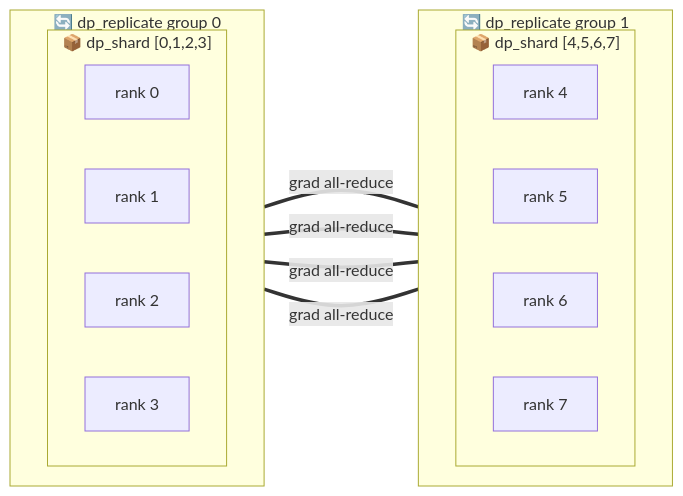
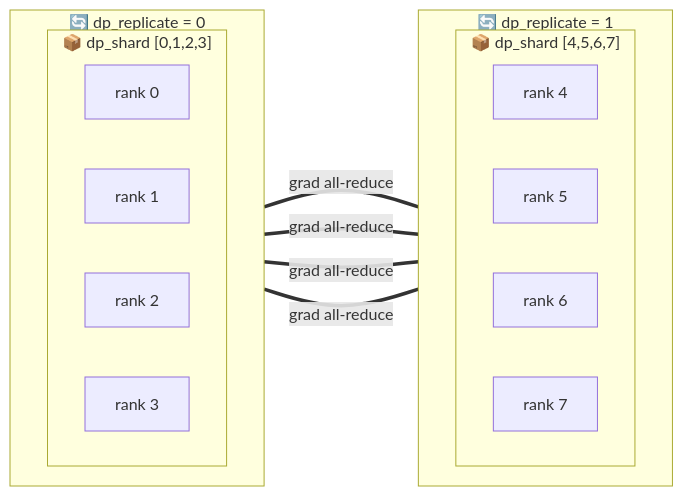
Before and after one commit to jianzhnie/ScaleTorch: the fourth of 7 diagrams in docs/device_mesh.md, drawn with Mermaid. The commit also changed other lines of this file and 1 other file, not shown here.

````diff
--- a/docs/device_mesh.md
+++ b/docs/device_mesh.md
@@ -423,26 +422,26 @@
 ```mermaid
 graph LR
-    subgraph replica_0["🔄 dp_replicate group 0"]
+    subgraph replica_0["🔄 dp_replicate = 0"]
         direction LR
         subgraph shard_A["📦 dp_shard [0,1,2,3]"]
             r0["rank 0"]
             r1["rank 1"]
             r2["rank 2"]
             r3["rank 3"]
         end
     end
-    subgraph replica_1["🔄 dp_replicate group 1"]
+    subgraph replica_1["🔄 dp_replicate = 1"]
         direction LR
         subgraph shard_B["📦 dp_shard [4,5,6,7]"]
             r4["rank 4"]
             r5["rank 5"]
             r6["rank 6"]
             r7["rank 7"]
         end
     end
 
     r0 == "grad all-reduce" === r4
     r1 == "grad all-reduce" === r5
     r2 == "grad all-reduce" === r6
     r3 == "grad all-reduce" === r7
 ```
````
